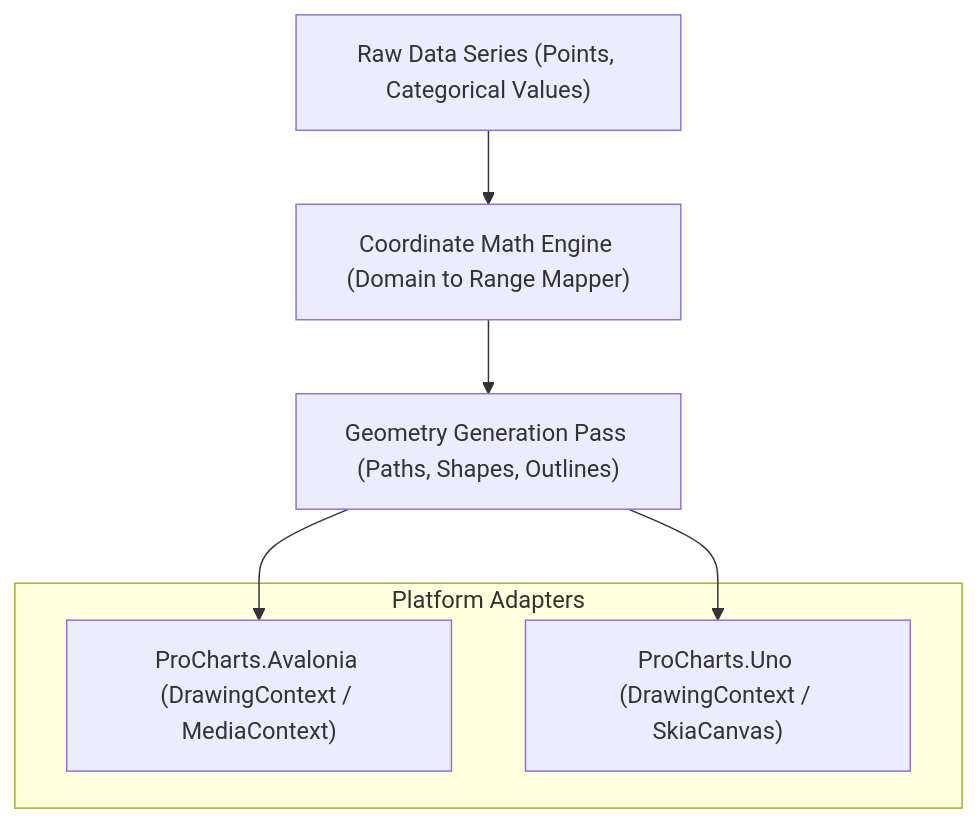
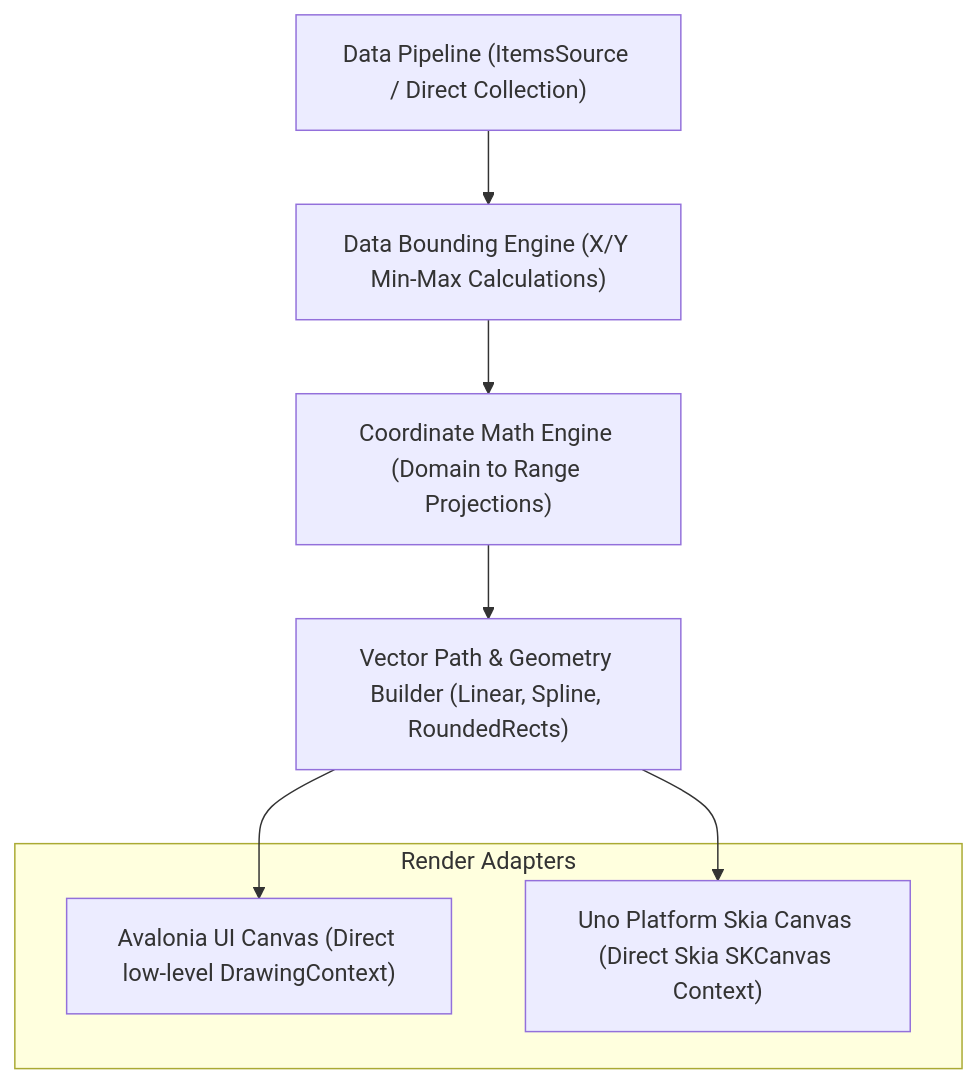
One commit to wieslawsoltes/Charts changed the diagram in site/articles/architecture.md. Above: the diagram before and after it, drawn with Mermaid. The commit also changed other lines of this file and 1 other file, not shown here.

Commit message:
docs: expand getting-started and architecture guides with technical details

````diff
--- a/site/articles/architecture.md
+++ b/site/articles/architecture.md
@@ -12,16 +21,18 @@
 ```mermaid
 graph TD
-    raw_data["Raw Data Series (Points, Categorical Values)"]
-    calc["Coordinate Math Engine (Domain to Range Mapper)"]
-    geom["Geometry Generation Pass (Paths, Shapes, Outlines)"]
+    DataPipeline["Data Pipeline (ItemsSource / Direct Collection)"]
+    BoundCalc["Data Bounding Engine (X/Y Min-Max Calculations)"]
+    ScaleCalc["Coordinate Math Engine (Domain to Range Projections)"]
+    PathBuilder["Vector Path & Geometry Builder (Linear, Spline, RoundedRects)"]
     
-    subgraph Platform Adapters
-        ava["ProCharts.Avalonia (DrawingContext / MediaContext)"]
-        uno["ProCharts.Uno (DrawingContext / SkiaCanvas)"]
+    subgraph Render Adapters
+        AvaRender["Avalonia UI Canvas (Direct low-level DrawingContext)"]
+        UnoRender["Uno Platform Skia Canvas (Direct Skia SKCanvas Context)"]
     end
     
-    raw_data --> calc
-    calc --> geom
-    geom --> ava
-    geom --> uno
+    DataPipeline --> BoundCalc
+    BoundCalc --> ScaleCalc
+    ScaleCalc --> PathBuilder
+    PathBuilder --> AvaRender
+    PathBuilder --> UnoRender
 ```
````
